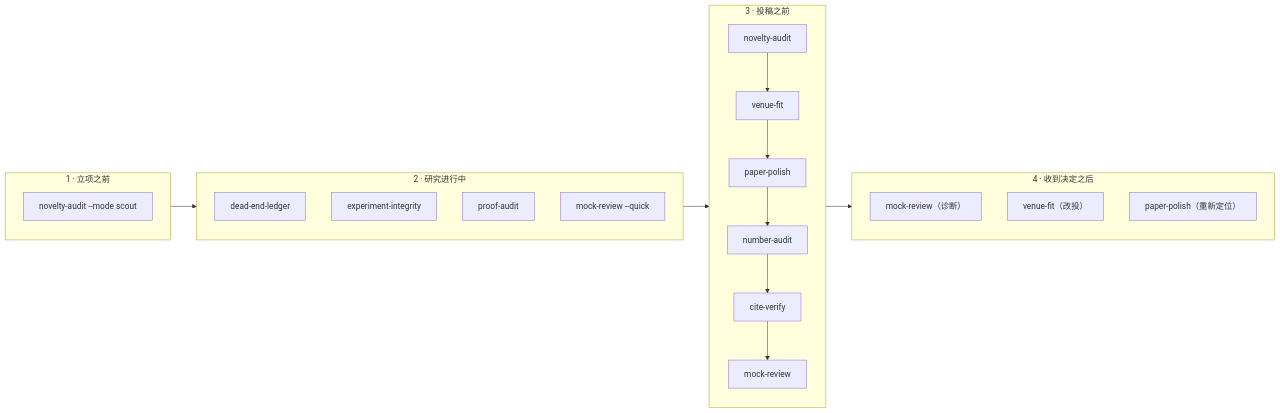
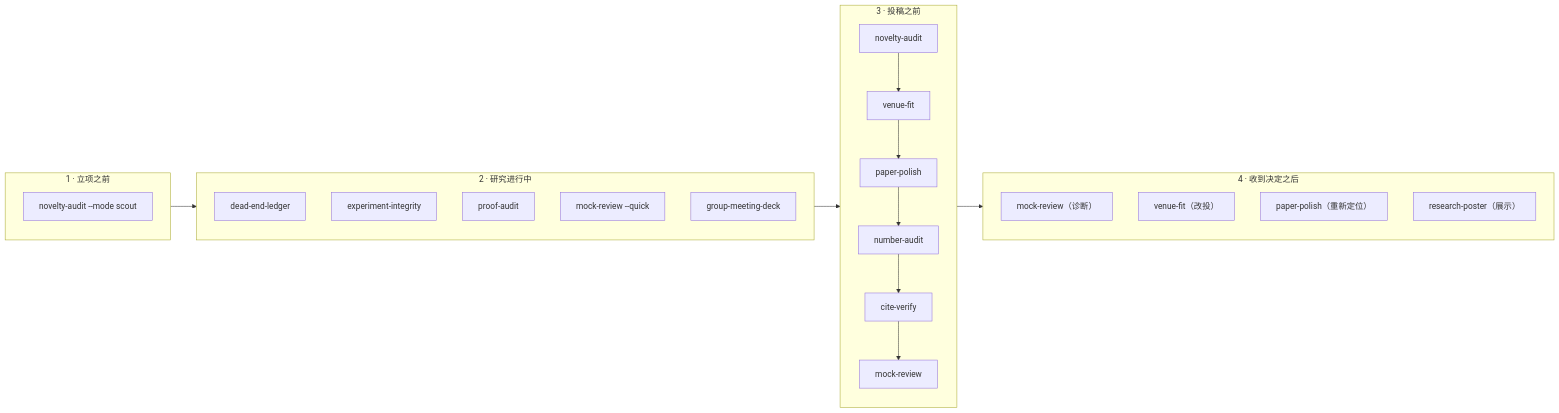
The first of 2 diagrams in README.zh-CN.md (OIerYangJZ/Science-Skill), drawn with Mermaid before and after one commit. The commit also changed other lines of this file and 43 other files, not shown here.

First line of the commit message:
Add group-meeting-deck and research-poster skills with selectable styles

````diff
--- a/README.zh-CN.md
+++ b/README.zh-CN.md
@@ -217,25 +219,27 @@
 ```mermaid
 flowchart LR
     subgraph P1["1 · 立项之前"]
         direction TB
         a1["novelty-audit --mode scout"]
     end
     subgraph P2["2 · 研究进行中"]
         direction TB
         b1["dead-end-ledger"]
         b2["experiment-integrity"]
         b3["proof-audit"]
         b4["mock-review --quick"]
+        b5["group-meeting-deck"]
     end
     subgraph P3["3 · 投稿之前"]
         direction TB
         c1["novelty-audit"] --> c2["venue-fit"] --> c3["paper-polish"] --> c4["number-audit"] --> c5["cite-verify"] --> c6["mock-review"]
     end
     subgraph P4["4 · 收到决定之后"]
         direction TB
         d1["mock-review（诊断）"]
         d2["venue-fit（改投）"]
         d3["paper-polish（重新定位）"]
+        d4["research-poster（展示）"]
     end
     P1 --> P2 --> P3 --> P4
 ```
````
